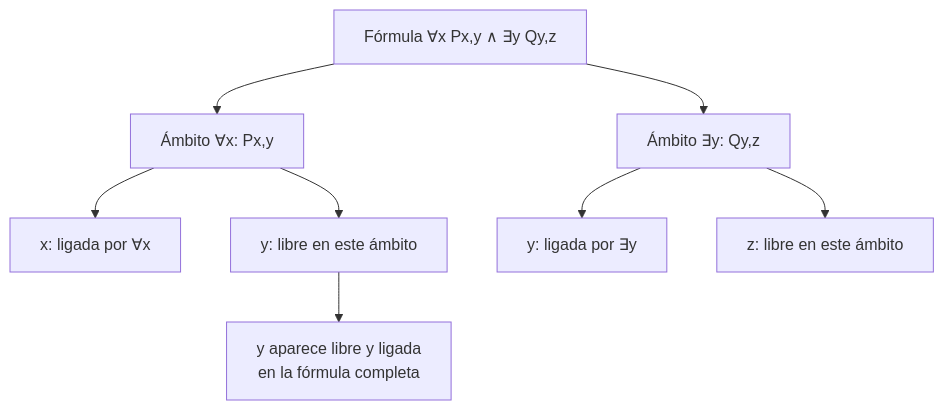
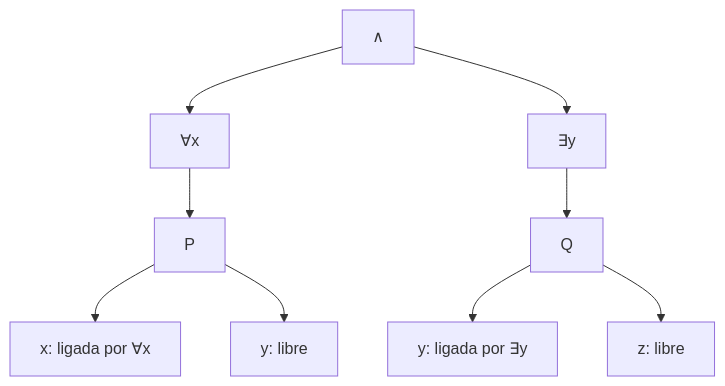
Before and after one commit to djaimej/computer-science-template: the diagram in public/documents/semester-4/2/4232.md, drawn with Mermaid. The commit also changed other lines of this file and 4 other files, not shown here.

````diff
--- a/public/documents/semester-4/2/4232.md
+++ b/public/documents/semester-4/2/4232.md
@@ -91,13 +59,11 @@
 ```mermaid
-flowchart TD
-    A[Fórmula ∀x Px,y ∧ ∃y Qy,z] --> B[Ámbito ∀x: Px,y]
-    A --> C[Ámbito ∃y: Qy,z]
-
-    B --> B1[x: ligada por ∀x]
-    B --> B2[y: libre en este ámbito]
-
-    C --> C1[y: ligada por ∃y]
-    C --> C2[z: libre en este ámbito]
-
-    B2 --> D[y aparece libre y ligada<br>en la fórmula completa]
+graph TD
+    A["∧"] --> B["∀x"]
+    A --> C["∃y"]
+    B --> D["P"]
+    C --> E["Q"]
+    D --> F["x: ligada por ∀x"]
+    D --> G["y: libre"]
+    E --> H["y: ligada por ∃y"]
+    E --> I["z: libre"]
 ```
````
